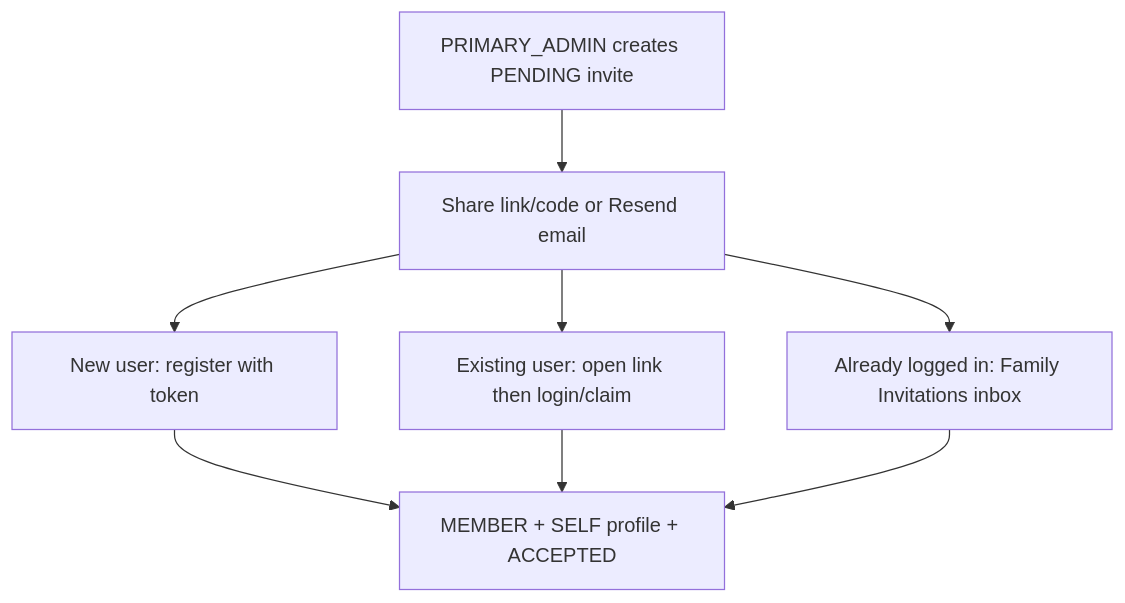
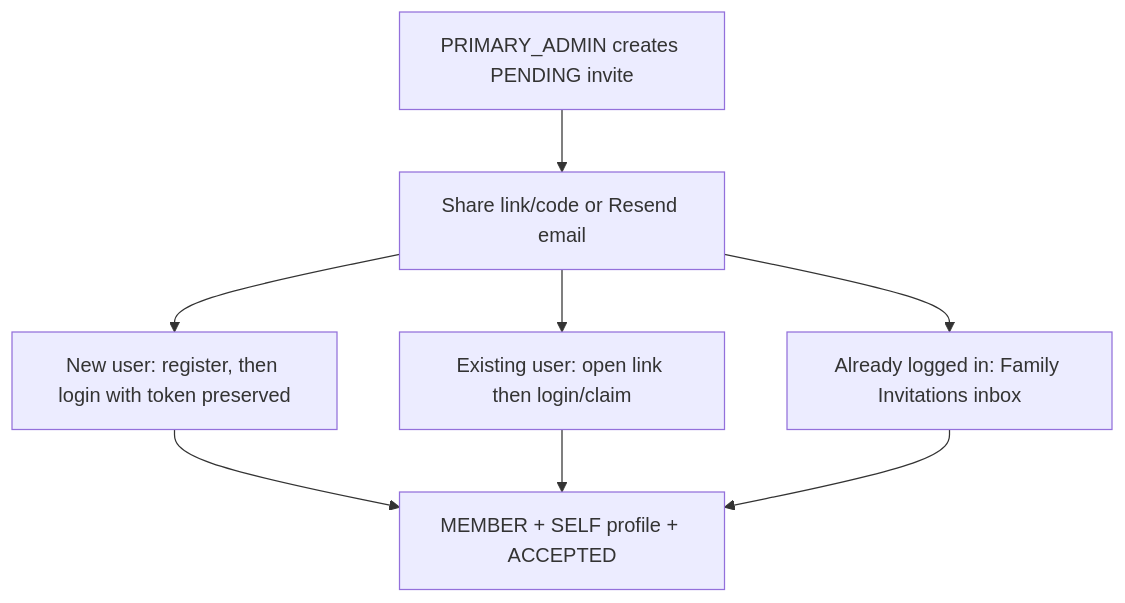
Before and after one commit to CanMakan-Team/CanMakan: the diagram in docs/api/families.md, drawn with Mermaid. The commit also changed other lines of this file and 33 other files, not shown here.

````diff
--- a/docs/api/families.md
+++ b/docs/api/families.md
@@ -302,10 +302,10 @@
 ```mermaid
 flowchart TD
   Admin[PRIMARY_ADMIN creates PENDING invite] --> Share[Share link/code or Resend email]
-  Share --> PathA[New user: register with token]
+  Share --> PathA[New user: register, then login with token preserved]
   Share --> PathB[Existing user: open link then login/claim]
   Share --> PathC[Already logged in: Family Invitations inbox]
   PathA --> Join[MEMBER + SELF profile + ACCEPTED]
   PathB --> Join
   PathC --> Join
 ```
````
